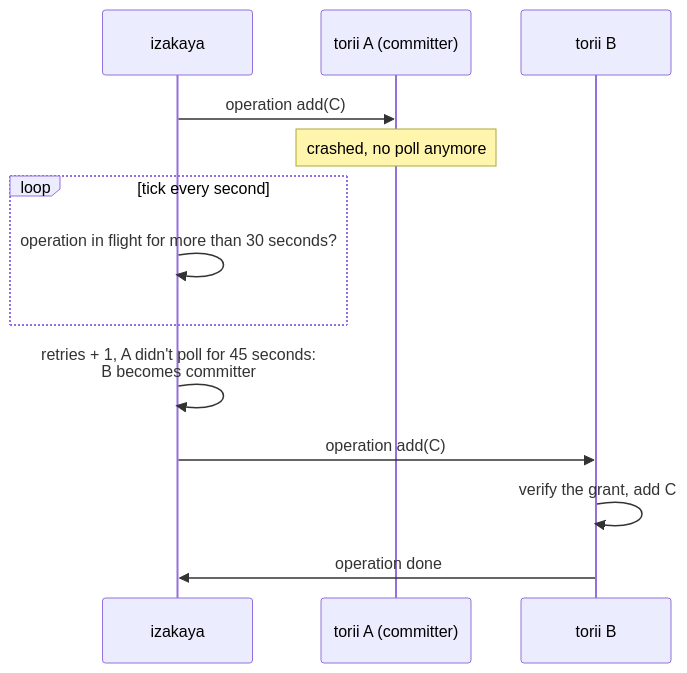
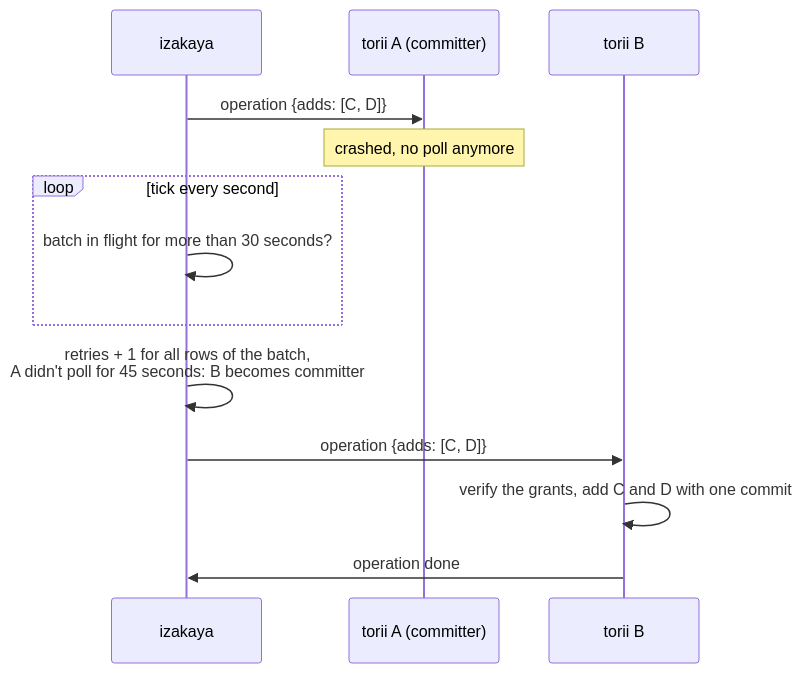
Diagram 18 of 20 in docs/developer/sequence_diagrams/network_crypto_key_exchange.md (kitsudaiki/ainari), drawn with Mermaid before and after one commit. The commit also changed other lines of this file and 3 other files, not shown here.

````diff
--- a/docs/developer/sequence_diagrams/network_crypto_key_exchange.md
+++ b/docs/developer/sequence_diagrams/network_crypto_key_exchange.md
@@ -622,16 +675,16 @@
 ```mermaid
 sequenceDiagram
     participant I as izakaya
     participant TA as torii A (committer)
     participant TB as torii B
 
-    I->>TA: operation add(C)
+    I->>TA: operation {adds: [C, D]}
     Note over TA: crashed, no poll anymore
     loop tick every second
-        I->>I: operation in flight for more than 30 seconds?
+        I->>I: batch in flight for more than 30 seconds?
     end
-    I->>I: retries + 1, A didn't poll for 45 seconds:<br/>B becomes committer
-    I->>TB: operation add(C)
-    TB->>TB: verify the grant, add C
+    I->>I: retries + 1 for all rows of the batch,<br/>A didn't poll for 45 seconds: B becomes committer
+    I->>TB: operation {adds: [C, D]}
+    TB->>TB: verify the grants, add C and D with one commit
     TB->>I: operation done
 ```
````
